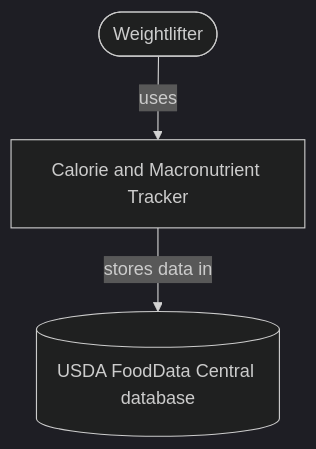
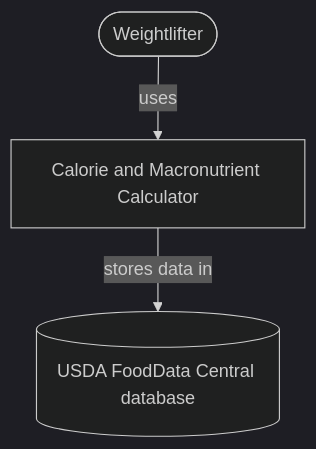
Before and after one commit to EShim003/cen5064-project-Shim: the first of 4 diagrams in README.md, drawn with Mermaid (dark theme).

Commit message:
Update README.md
updated the context system

````diff
--- a/README.md
+++ b/README.md
@@ -42,6 +42,6 @@
 ```mermaid
 %% Replace this placeholder with YOUR system's context diagram.
 flowchart TB
-    user([Weightlifter]) -->|uses| system[Calorie and Macronutrient Tracker]
+    user([Weightlifter]) -->|uses| system[Calorie and Macronutrient Calculator]
     system -->|stores data in| db[(USDA FoodData Central database)]
 ```
````
